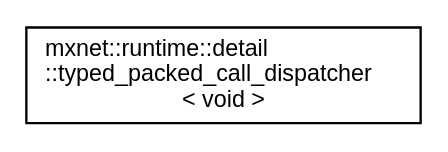
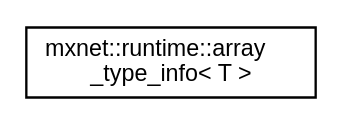
One commit to sourabhwadhwa53org/incubator-mxnet-site changed the diagram in api/cpp/docs/api/inherit_graph_490.dot. Above: the diagram before and after it, drawn with Graphviz. The commit also changed 5826 other files, not shown here.

```diff
--- a/api/cpp/docs/api/inherit_graph_490.dot
+++ b/api/cpp/docs/api/inherit_graph_490.dot
@@ -1,8 +1,8 @@
 digraph "Graphical Class Hierarchy"
 {
  // LATEX_PDF_SIZE
   edge [fontname="Helvetica",fontsize="10",labelfontname="Helvetica",labelfontsize="10"];
   node [fontname="Helvetica",fontsize="10",shape=record];
   rankdir="LR";
-  Node0 [label="mxnet::runtime::detail\l::typed_packed_call_dispatcher\l\< void \>",height=0.2,width=0.4,color="black", fillcolor="white", style="filled",URL="$structmxnet_1_1runtime_1_1detail_1_1typed__packed__call__dispatcher_3_01void_01_4.html",tooltip=" "];
+  Node0 [label="mxnet::runtime::array\l_type_info\< T \>",height=0.2,width=0.4,color="black", fillcolor="white", style="filled",URL="$structmxnet_1_1runtime_1_1array__type__info.html",tooltip="The type trait indicates subclass of TVM's NDArray. For irrelavant classes, code = -1...."];
 }
```
